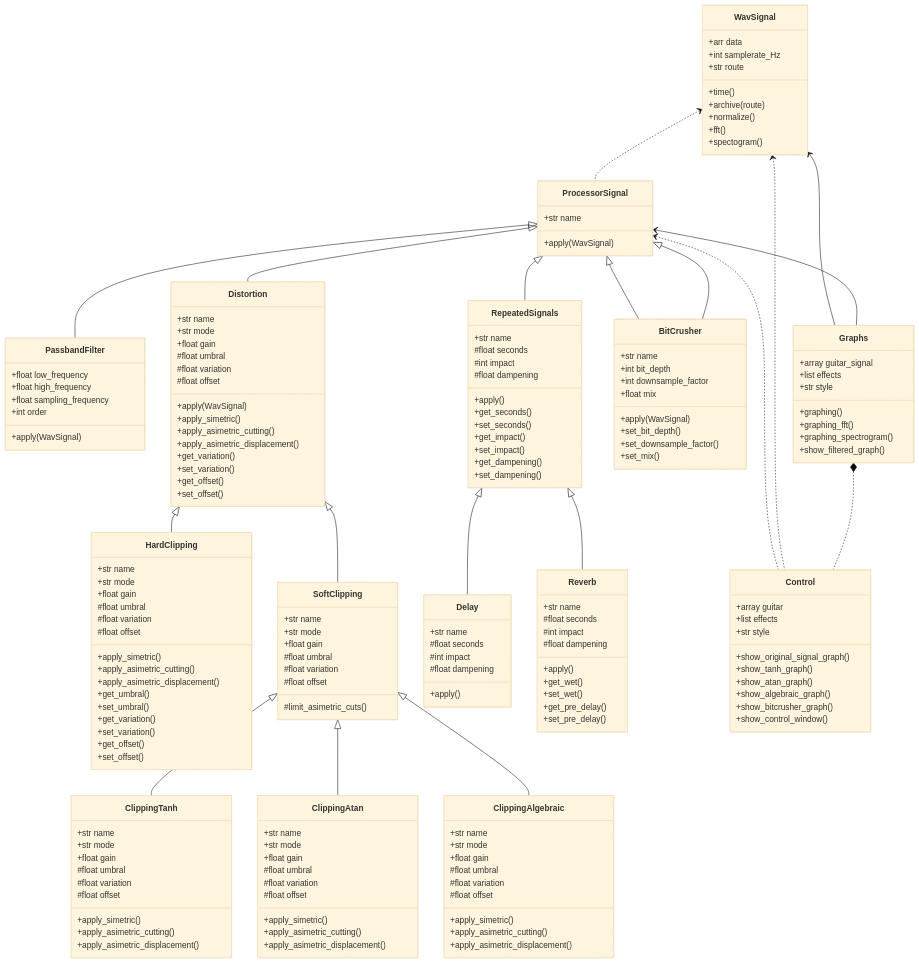
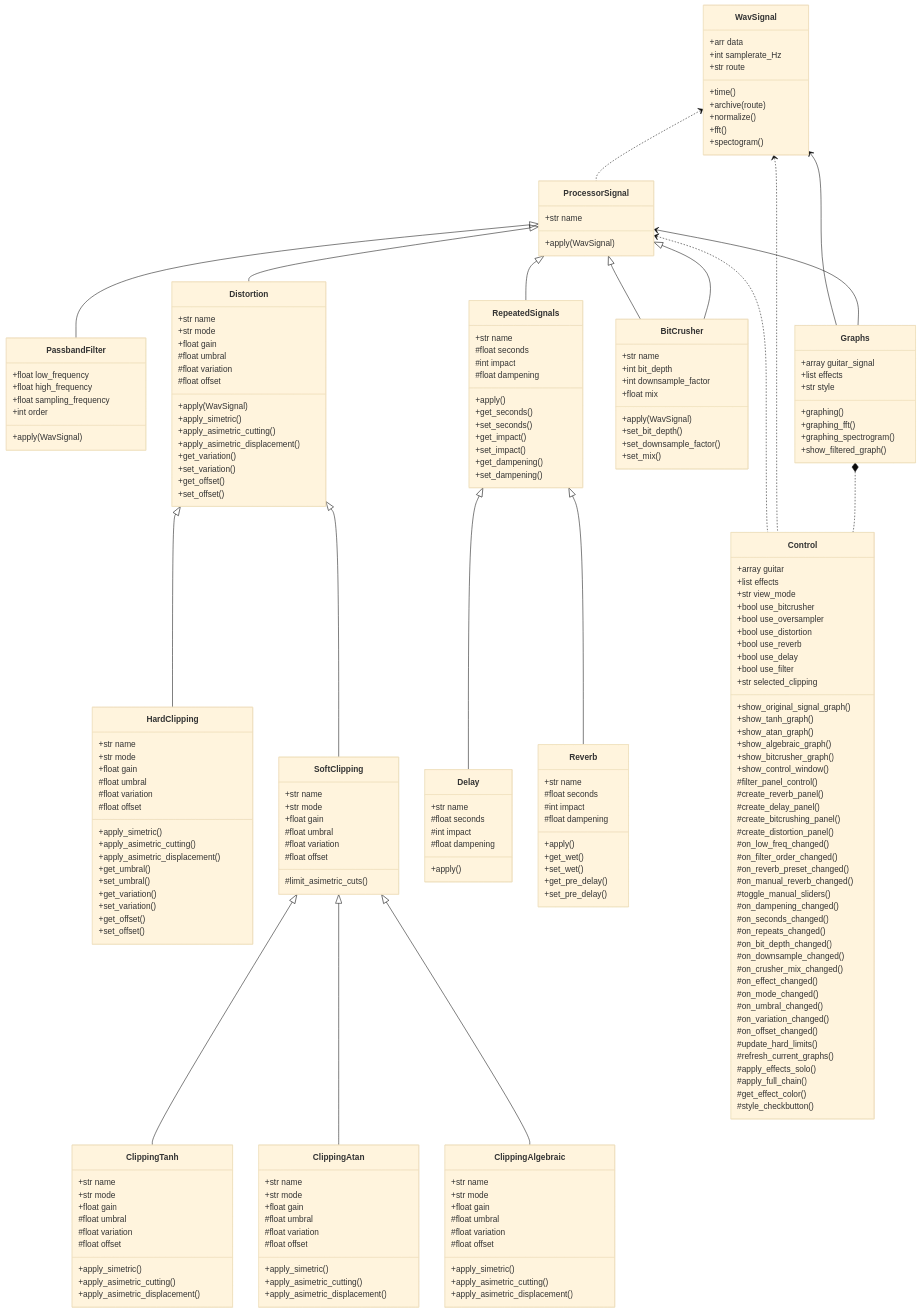
The third of 3 diagrams in README.md (angutierrezgi/Blue_Slashes), drawn with Mermaid (base theme) before and after one commit.

Commit message:
Enhance Control class with audio effect options
Added new properties for audio effects control.

```diff
--- a/README.md
+++ b/README.md
@@ -553,13 +553,47 @@
     class Control {
         +array guitar
         +list effects
-        +str style
+        +str view_mode
+		+bool use_bitcrusher
+		+bool use_oversampler
+		+bool use_distortion
+		+bool use_reverb
+		+bool use_delay
+		+bool use_filter
+		+str selected_clipping
         +show_original_signal_graph()
         +show_tanh_graph()
         +show_atan_graph()
         +show_algebraic_graph()
         +show_bitcrusher_graph()
         +show_control_window()
+		#filter_panel_control()
+		#create_reverb_panel()
+		#create_delay_panel()
+		#create_bitcrushing_panel()
+		#create_distortion_panel()
+		#on_low_freq_changed()
+		#on_filter_order_changed()
+		#on_reverb_preset_changed()
+		#on_manual_reverb_changed()
+		#toggle_manual_sliders()
+		#on_dampening_changed()
+		#on_seconds_changed()
+		#on_repeats_changed()
+		#on_bit_depth_changed()
+		#on_downsample_changed()
+		#on_crusher_mix_changed()
+		#on_effect_changed()
+		#on_mode_changed()
+		#on_umbral_changed()
+		#on_variation_changed()
+		#on_offset_changed()
+		#update_hard_limits()
+		#refresh_current_graphs()
+		#apply_effects_solo()
+		#apply_full_chain()
+		#get_effect_color()
+		#style_checkbutton()
     }
 
     class Graphs {
```
